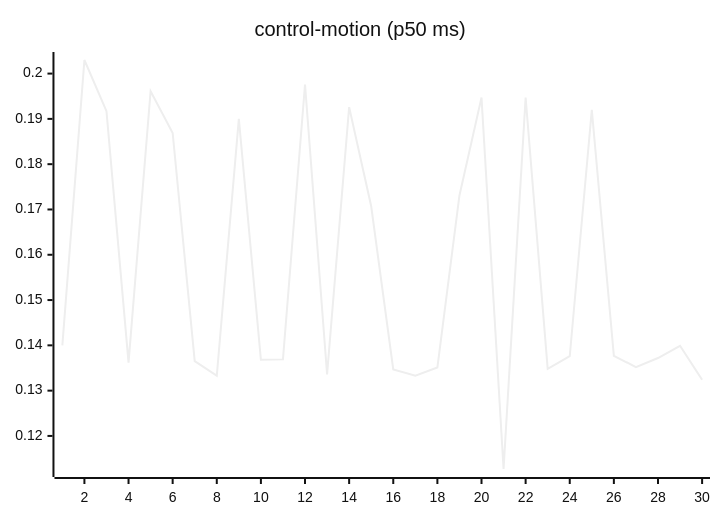
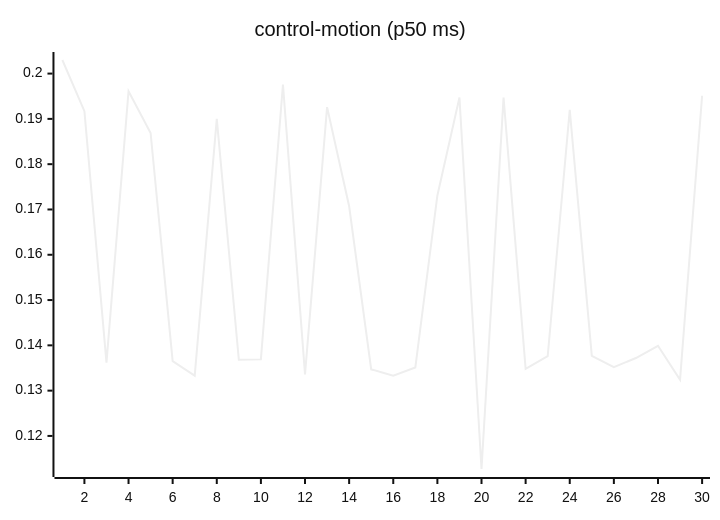
One commit to josha/Facet changed the seventh of 27 diagrams in README.md. Above: the diagram before and after it, drawn with Mermaid (neutral theme). The commit also changed other lines of this file and 2 other files, not shown here.

````diff
--- a/README.md
+++ b/README.md
@@ -105,6 +105,6 @@
 ```mermaid
 xychart-beta
     title "control-motion (p50 ms)"
     x-axis 1 --> 30
-    line [0.1400, 0.2030, 0.1917, 0.1362, 0.1961, 0.1869, 0.1365, 0.1333, 0.1900, 0.1368, 0.1369, 0.1976, 0.1336, 0.1926, 0.1707, 0.1347, 0.1333, 0.1351, 0.1731, 0.1947, 0.1127, 0.1947, 0.1348, 0.1376, 0.1920, 0.1377, 0.1352, 0.1372, 0.1399, 0.1324]
+    line [0.2030, 0.1917, 0.1362, 0.1961, 0.1869, 0.1365, 0.1333, 0.1900, 0.1368, 0.1369, 0.1976, 0.1336, 0.1926, 0.1707, 0.1347, 0.1333, 0.1351, 0.1731, 0.1947, 0.1127, 0.1947, 0.1348, 0.1376, 0.1920, 0.1377, 0.1352, 0.1372, 0.1399, 0.1324, 0.1951]
 ```
````
